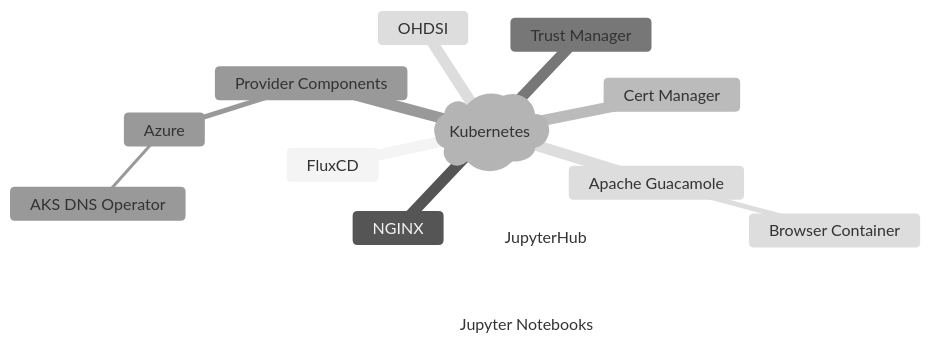
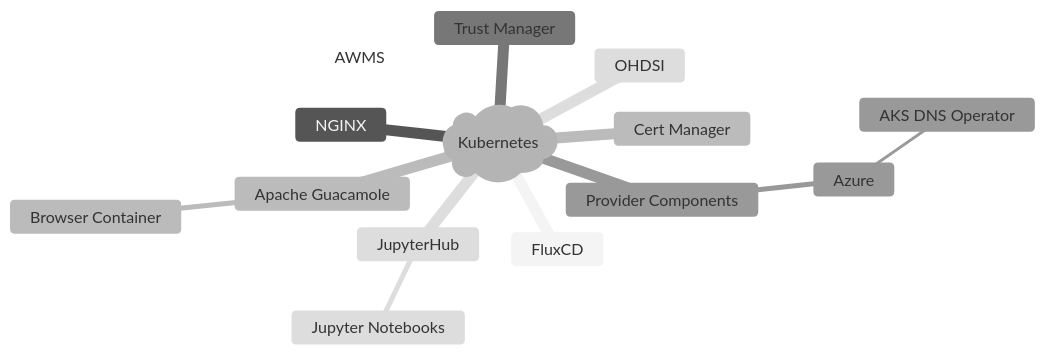
Before and after one commit to lsc-sde/lsc-sde: the diagram in docs/Secure-Data-Environment/Infrastructure/Kubernetes.md, drawn with Mermaid (neutral theme). The commit also changed other lines of this file, not shown here.

````diff
--- a/docs/Secure-Data-Environment/Infrastructure/Kubernetes.md
+++ b/docs/Secure-Data-Environment/Infrastructure/Kubernetes.md
@@ -14,16 +14,17 @@
 ```mermaid
 mindmap
   root)Kubernetes(
     FluxCD
     NGINX
     Cert Manager
     Trust Manager
     Provider Components
         Azure
             AKS DNS Operator
     OHDSI
+    AWMS
     JupyterHub
         Jupyter Notebooks
     Apache Guacamole
         Browser Container
 ```
````
